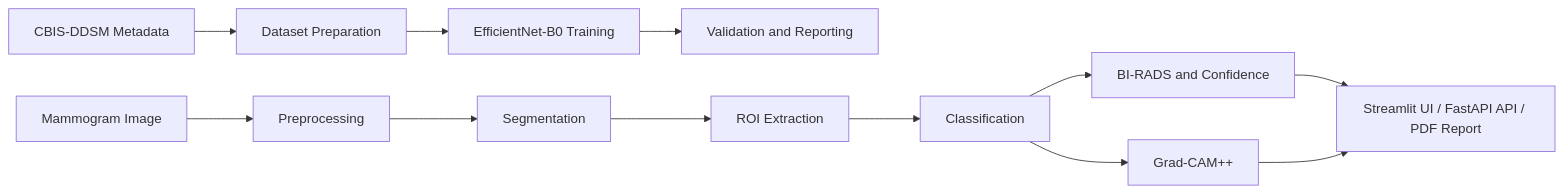
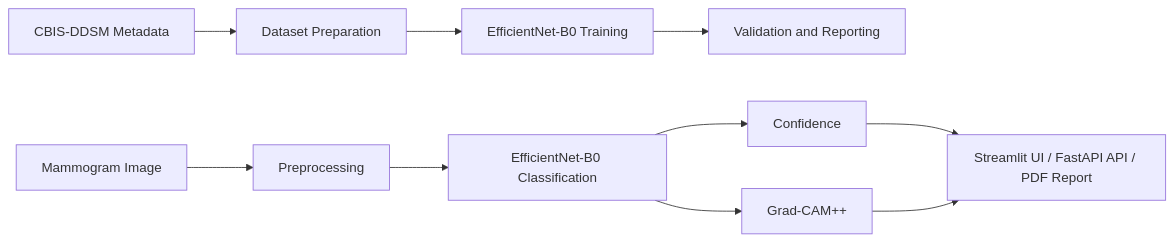
Before and after one commit to rahulchaudhari-datascience/breast-cancer-ai: the diagram in README.md, drawn with Mermaid. The commit also changed other lines of this file and 47 other files, not shown here.

````diff
--- a/README.md
+++ b/README.md
@@ -43,14 +41,12 @@
 ```mermaid
 flowchart LR
   A[CBIS-DDSM Metadata] --> B[Dataset Preparation]
   B --> C[EfficientNet-B0 Training]
   C --> D[Validation and Reporting]
   E[Mammogram Image] --> F[Preprocessing]
-  F --> G[Segmentation]
-  G --> H[ROI Extraction]
-  H --> I[Classification]
-  I --> J[BI-RADS and Confidence]
-  I --> K[Grad-CAM++]
-  J --> L[Streamlit UI / FastAPI API / PDF Report]
-  K --> L
+  F --> G[EfficientNet-B0 Classification]
+  G --> H[Confidence]
+  G --> I[Grad-CAM++]
+  H --> J[Streamlit UI / FastAPI API / PDF Report]
+  I --> J
 ```
````
